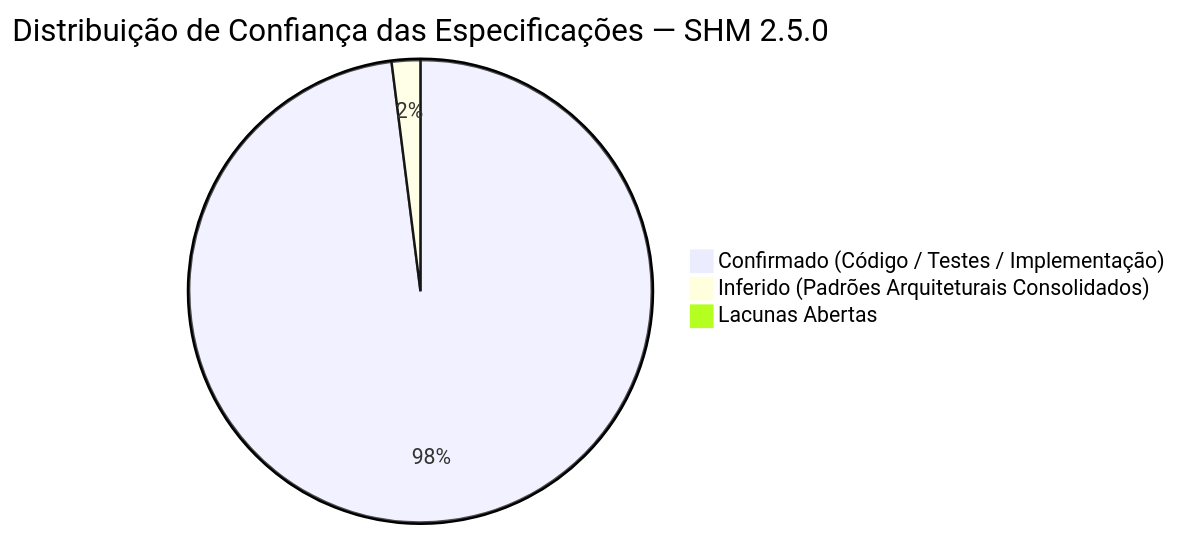
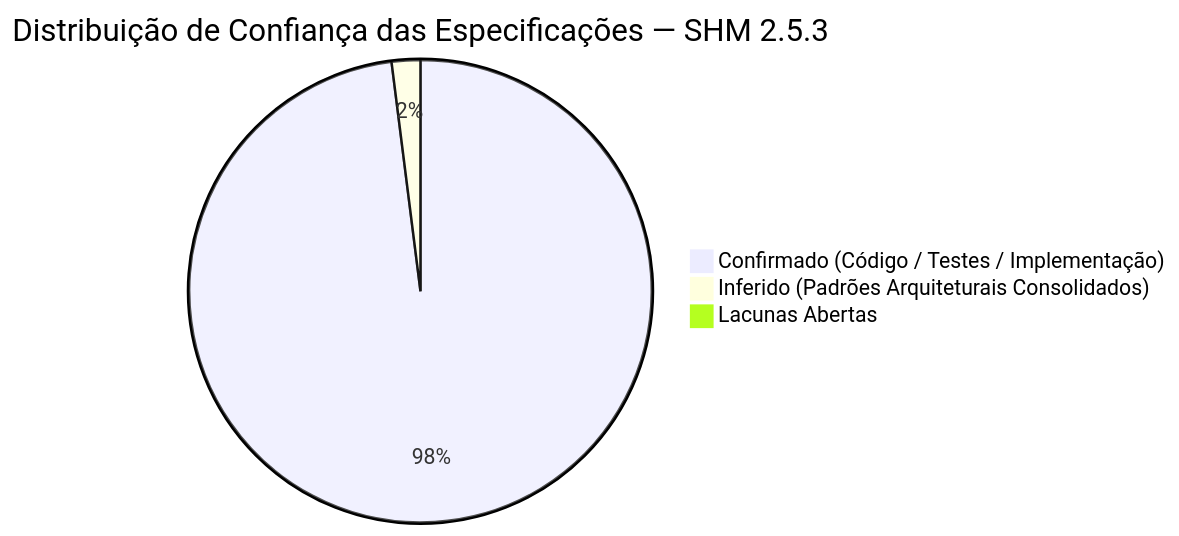
Before and after one commit to andresouza72br-sketch/SHM-Support-Hours-Manager: the diagram in _reversa_sdd/confidence-report.md, drawn with Mermaid. The commit also changed other lines of this file and 8 other files, not shown here.

````diff
--- a/_reversa_sdd/confidence-report.md
+++ b/_reversa_sdd/confidence-report.md
@@ -11,6 +11,6 @@
 ```mermaid
-pie title Distribuição de Confiança das Especificações — SHM 2.5.0
+pie title Distribuição de Confiança das Especificações — SHM 2.5.3
     "Confirmado (Código / Testes / Implementação)" : 98
     "Inferido (Padrões Arquiteturais Consolidados)" : 2
     "Lacunas Abertas" : 0
 ```
````
